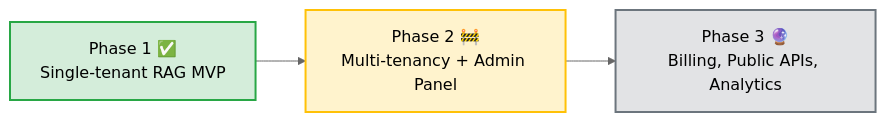
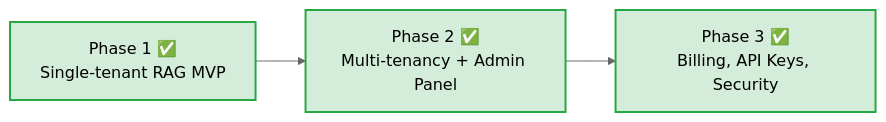
One commit to ShantanuV2709/CORPWISE changed diagram 18 of 18 in project_workflow.md. Above: the diagram before and after it, drawn with Mermaid (neutral theme). The commit also changed other lines of this file and 64 other files, not shown here.

````diff
--- a/project_workflow.md
+++ b/project_workflow.md
@@ -761,8 +757,8 @@
 ```mermaid
 graph LR
-    P1[Phase 1 ✅<br/>Single-tenant RAG MVP] --> P2[Phase 2 🚧<br/>Multi-tenancy + Admin Panel] --> P3[Phase 3 🔮<br/>Billing, Public APIs, Analytics]
+    P1[Phase 1 ✅<br/>Single-tenant RAG MVP] --> P2[Phase 2 ✅<br/>Multi-tenancy + Admin Panel] --> P3[Phase 3 ✅<br/>Billing, API Keys, Security]
 
     style P1 fill:#d4edda,stroke:#28a745,stroke-width:2px,color:#000
-    style P2 fill:#fff3cd,stroke:#ffc107,stroke-width:2px,color:#000
-    style P3 fill:#e2e3e5,stroke:#6c757d,stroke-width:2px,color:#000
+    style P2 fill:#d4edda,stroke:#28a745,stroke-width:2px,color:#000
+    style P3 fill:#d4edda,stroke:#28a745,stroke-width:2px,color:#000
 ```
````
